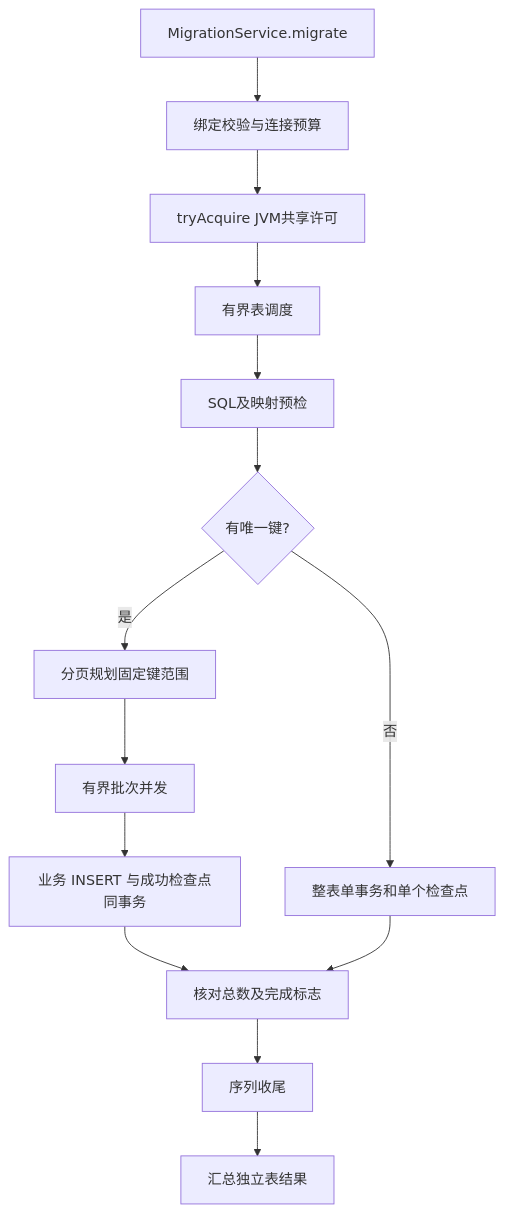
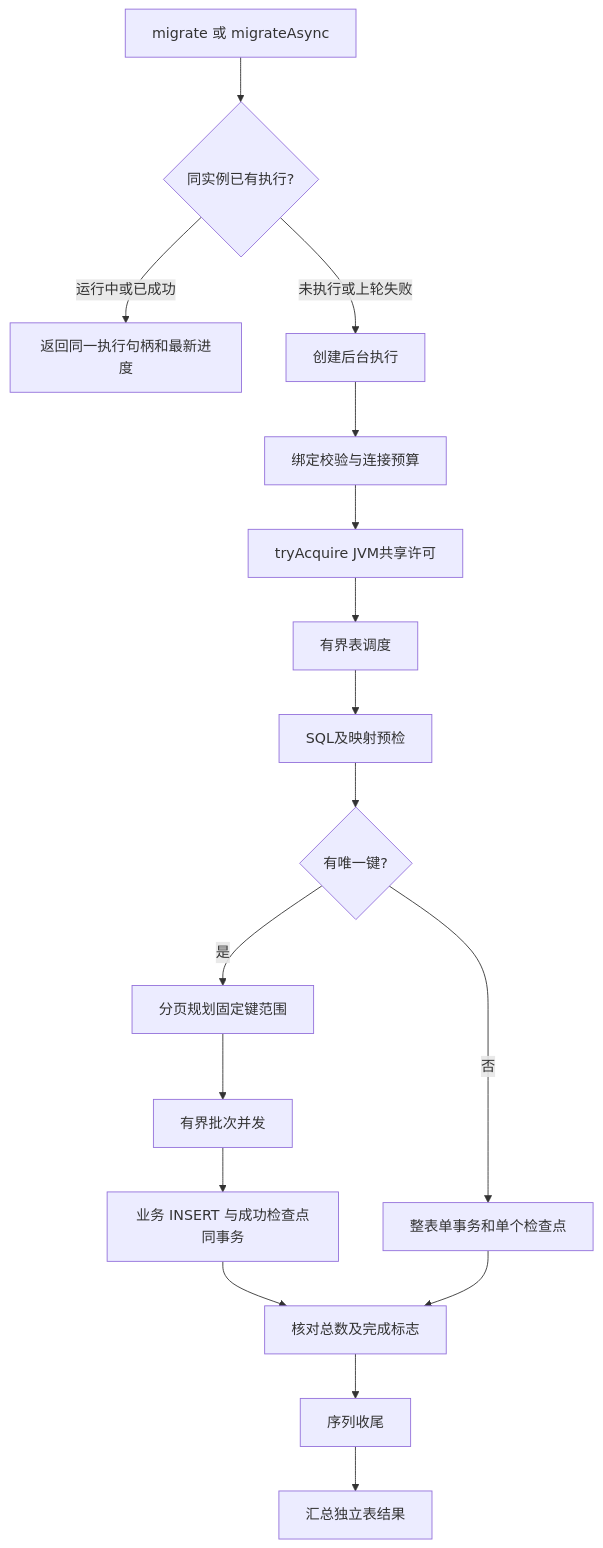
The diagram in docs/architecture.md (differGoose/data_migration), drawn with Mermaid before and after one commit. The commit also changed other lines of this file and 60 other files, not shown here.

First line of the commit message:
feat: share sync and async migration execution with progress

````diff
--- a/docs/architecture.md
+++ b/docs/architecture.md
@@ -27,16 +27,19 @@
 ```mermaid
 flowchart TD
-    A[MigrationService.migrate] --> B[绑定校验与连接预算]
+    A[migrate 或 migrateAsync] --> R{同实例已有执行?}
+    R -->|运行中或已成功| S[返回同一执行句柄和最新进度]
+    R -->|未执行或上轮失败| T[创建后台执行]
+    T --> B[绑定校验与连接预算]
     B --> C[tryAcquire JVM共享许可]
     C --> D[有界表调度]
     D --> E[SQL及映射预检]
     E --> F{有唯一键?}
     F -->|是| G[分页规划固定键范围]
     G --> H[有界批次并发]
     H --> I[业务 INSERT 与成功检查点同事务]
     F -->|否| J[整表单事务和单个检查点]
     I --> K[核对总数及完成标志]
     J --> K
     K --> L[序列收尾]
     L --> M[汇总独立表结果]
 ```
````
